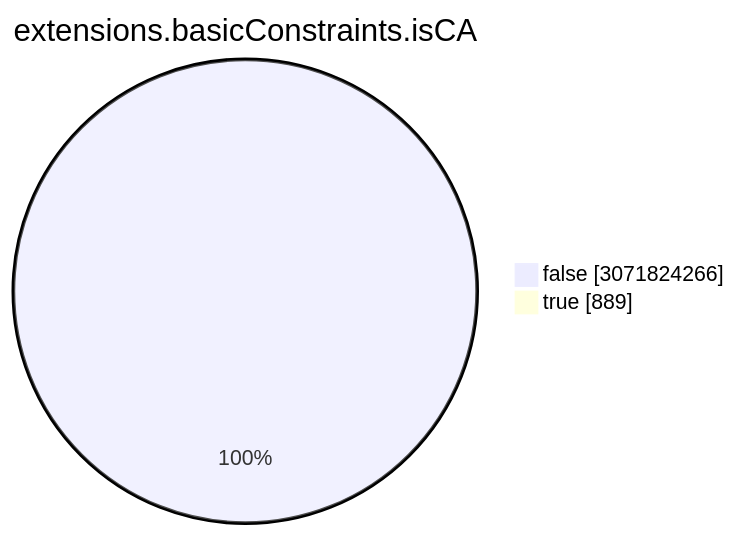
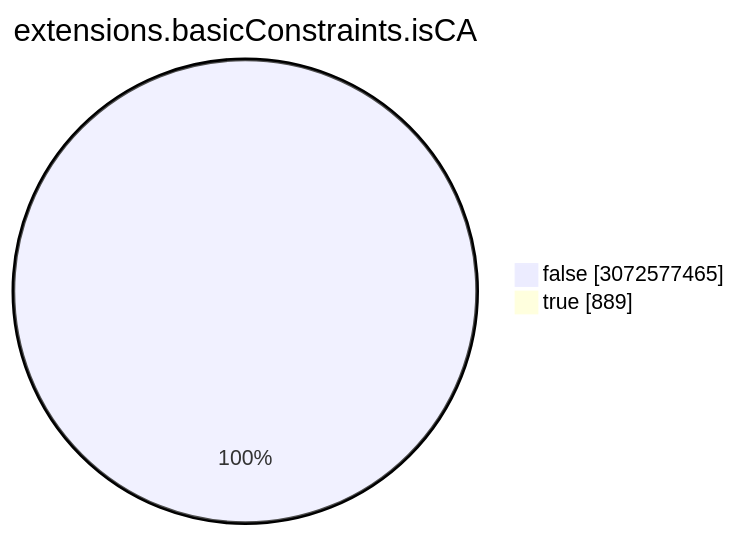
Before and after one commit to christiankrug/ctmonitor_visualization: the seventh of 15 diagrams in TOTAL/README.md, drawn with Mermaid. The commit also changed other lines of this file, not shown here.

````diff
--- a/TOTAL/README.md
+++ b/TOTAL/README.md
@@ -3086,6 +3086,6 @@
 ```mermaid
 pie showData
 title extensions.basicConstraints.isCA
-"false" :3071824266
+"false" :3072577465
 "true" :889
 ```
````
